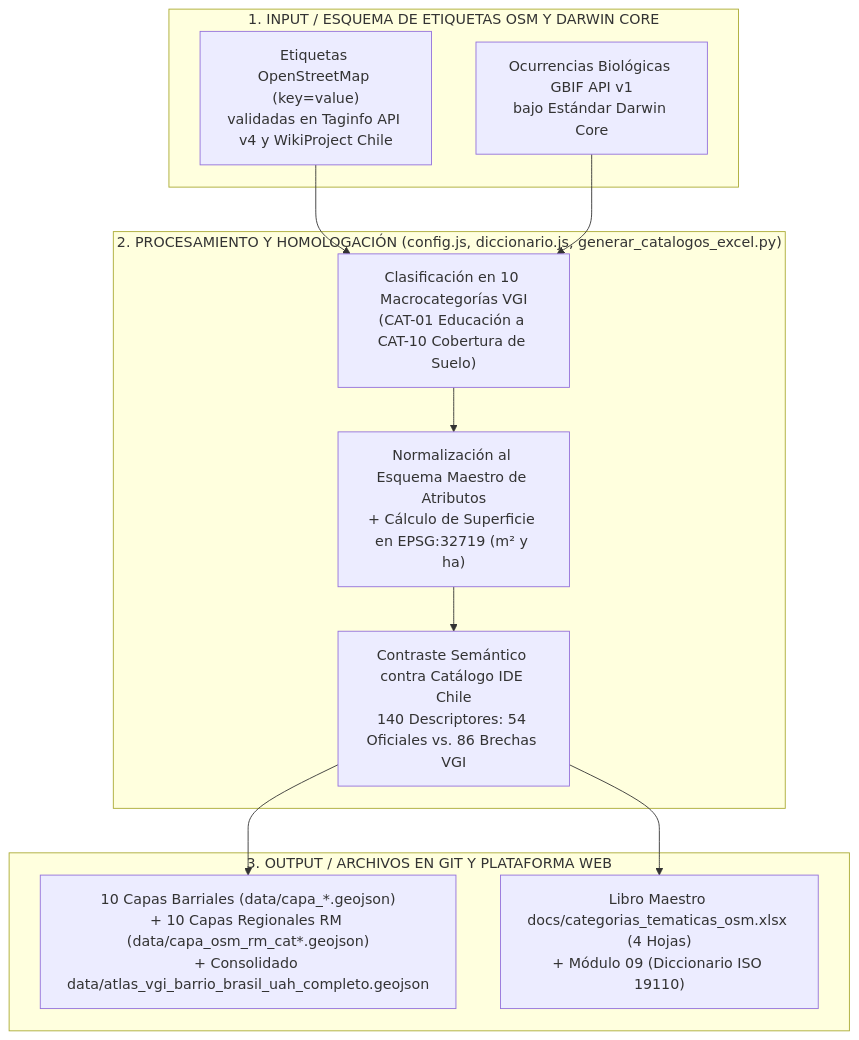
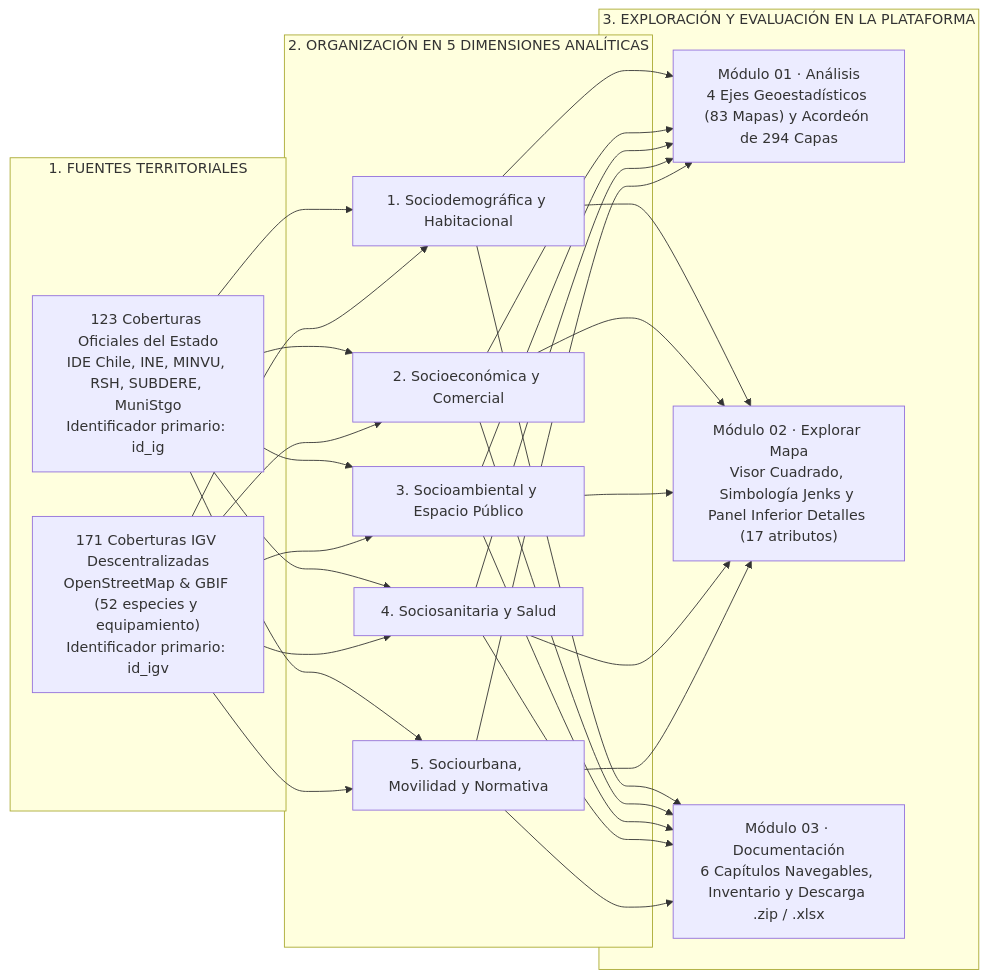
The diagram in src/docs/TRAZABILIDAD.md (GEOJOTA/atlas-vgi-barrio-brasil), drawn with Mermaid before and after one commit. The commit also changed other lines of this file and 26 other files, not shown here.

Commit message:
docs(prototipo-02): actualizar documentacion navegable (Modulo 03), manuales, arquitectura, diagramas y entregables verificados

````diff
--- a/src/docs/TRAZABILIDAD.md
+++ b/src/docs/TRAZABILIDAD.md
@@ -108,20 +32,23 @@
 ```mermaid
-flowchart TD
-    subgraph IN["1. INPUT / ESQUEMA DE ETIQUETAS OSM Y DARWIN CORE"]
-        T1["Etiquetas OpenStreetMap (key=value)<br/>validadas en Taginfo API v4 y WikiProject Chile"]
-        T2["Ocurrencias Biológicas GBIF API v1<br/>bajo Estándar Darwin Core"]
+flowchart LR
+    subgraph FUENTES["1. FUENTES TERRITORIALES"]
+        OFI["123 Coberturas Oficiales del Estado<br/>IDE Chile, INE, MINVU, RSH, SUBDERE, MuniStgo<br/>Identificador primario: id_ig"]
+        IGV["171 Coberturas IGV Descentralizadas<br/>OpenStreetMap & GBIF (52 especies y equipamiento)<br/>Identificador primario: id_igv"]
     end
 
-    subgraph PROC["2. PROCESAMIENTO Y HOMOLOGACIÓN (config.js, diccionario.js, generar_catalogos_excel.py)"]
-        H1["Clasificación en 10 Macrocategorías VGI<br/>(CAT-01 Educación a CAT-10 Cobertura de Suelo)"]
-        H2["Normalización al Esquema Maestro de Atributos<br/>+ Cálculo de Superficie en EPSG:32719 (m² y ha)"]
-        H3["Contraste Semántico contra Catálogo IDE Chile<br/>140 Descriptores: 54 Oficiales vs. 86 Brechas VGI"]
+    subgraph DIM["2. ORGANIZACIÓN EN 5 DIMENSIONES ANALÍTICAS"]
+        D1["1. Sociodemográfica y Habitacional"]
+        D2["2. Socioeconómica y Comercial"]
+        D3["3. Socioambiental y Espacio Público"]
+        D4["4. Sociosanitaria y Salud"]
+        D5["5. Sociourbana, Movilidad y Normativa"]
     end
 
-    subgraph OUT["3. OUTPUT / ARCHIVOS EN GIT Y PLATAFORMA WEB"]
-        S1["10 Capas Barriales (data/capa_*.geojson)<br/>+ 10 Capas Regionales RM (data/capa_osm_rm_cat*.geojson)<br/>+ Consolidado data/atlas_vgi_barrio_brasil_uah_completo.geojson"]
-        S2["Libro Maestro docs/categorias_tematicas_osm.xlsx (4 Hojas)<br/>+ Módulo 09 (Diccionario ISO 19110)"]
+    subgraph SALIDA["3. EXPLORACIÓN Y EVALUACIÓN EN LA PLATAFORMA"]
+        M1["Módulo 01 · Análisis<br/>4 Ejes Geoestadísticos (83 Mapas) y Acordeón de 294 Capas"]
+        M2["Módulo 02 · Explorar Mapa<br/>Visor Cuadrado, Simbología Jenks y Panel Inferior Detalles (17 atributos)"]
+        M3["Módulo 03 · Documentación<br/>6 Capítulos Navegables, Inventario y Descarga .zip / .xlsx"]
     end
 
-    T1 & T2 --> H1 --> H2 --> H3 --> S1 & S2
+    OFI & IGV --> D1 & D2 & D3 & D4 & D5 --> M1 & M2 & M3
 ```
````
